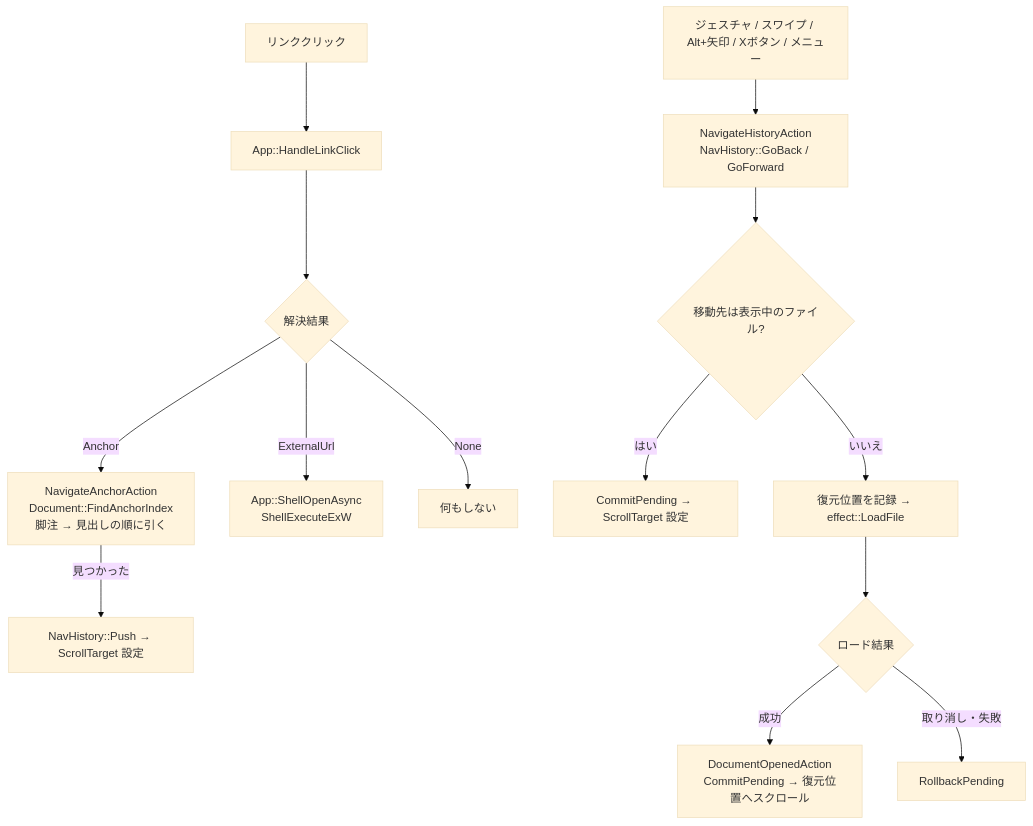
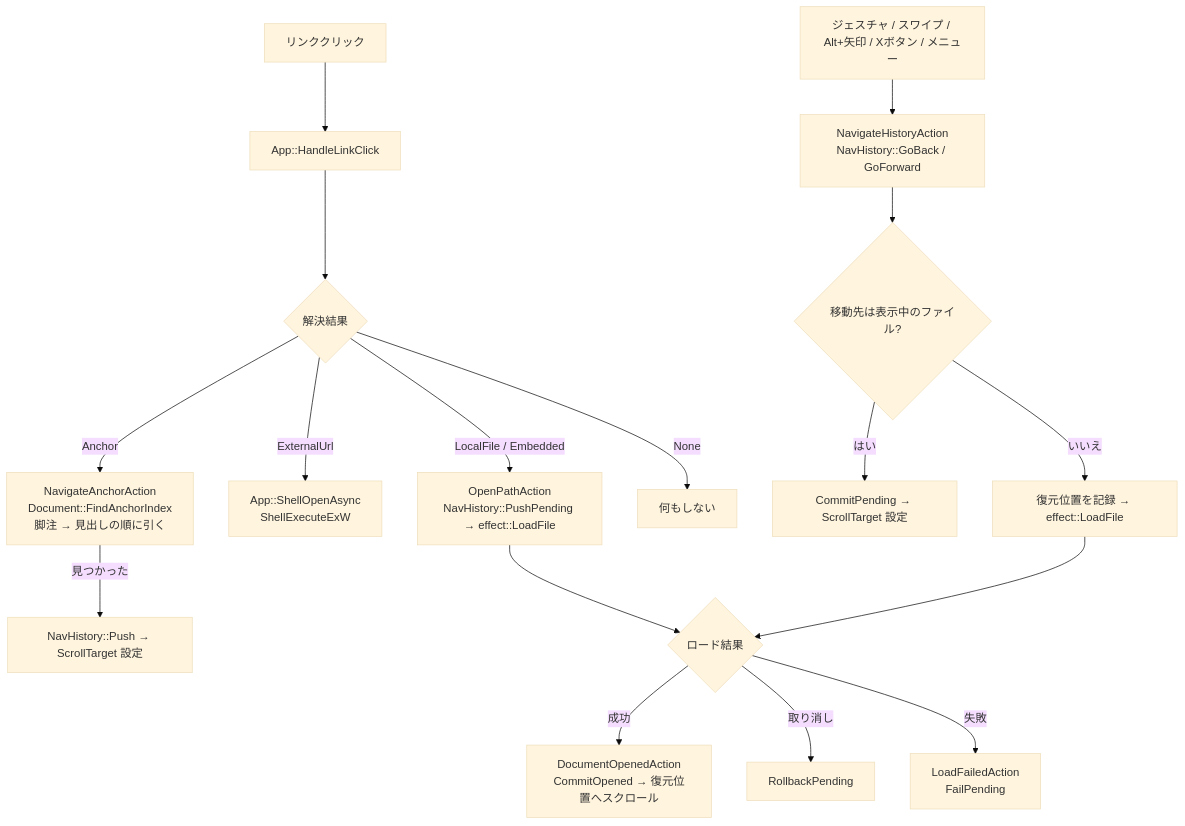
Before and after one commit to tanaton/mendo: diagram 12 of 58 in example/test.md, drawn with Mermaid (base theme). The commit also changed other lines of this file and 91 other files, not shown here.

````diff
--- a/example/test.md
+++ b/example/test.md
@@ -1764,16 +1843,19 @@
 ```mermaid
 flowchart TD
     LINK[リンククリック] --> APP[App::HandleLinkClick]
     APP --> KIND{解決結果}
     KIND -->|Anchor| ANCHOR[NavigateAnchorAction<br>Document::FindAnchorIndex<br>脚注 → 見出しの順に引く]
     KIND -->|ExternalUrl| SHELL[App::ShellOpenAsync<br>ShellExecuteExW]
+    KIND -->|LocalFile / Embedded| OPEN[OpenPathAction<br>NavHistory::PushPending → effect::LoadFile]
     KIND -->|None| NOP[何もしない]
     ANCHOR -->|見つかった| PUSH[NavHistory::Push → ScrollTarget 設定]
     HIST[ジェスチャ / スワイプ / Alt+矢印 / Xボタン / メニュー] --> NAV[NavigateHistoryAction<br>NavHistory::GoBack / GoForward]
     NAV --> SAME{移動先は表示中のファイル?}
     SAME -->|はい| COMMIT[CommitPending → ScrollTarget 設定]
     SAME -->|いいえ| LOAD[復元位置を記録 → effect::LoadFile]
     LOAD --> RESULT{ロード結果}
-    RESULT -->|成功| RESTORE[DocumentOpenedAction<br>CommitPending → 復元位置へスクロール]
-    RESULT -->|取り消し・失敗| ROLLBACK[RollbackPending]
+    OPEN --> RESULT
+    RESULT -->|成功| RESTORE[DocumentOpenedAction<br>CommitOpened → 復元位置へスクロール]
+    RESULT -->|取り消し| ROLLBACK[RollbackPending]
+    RESULT -->|失敗| FAIL[LoadFailedAction<br>FailPending]
 ```
````
